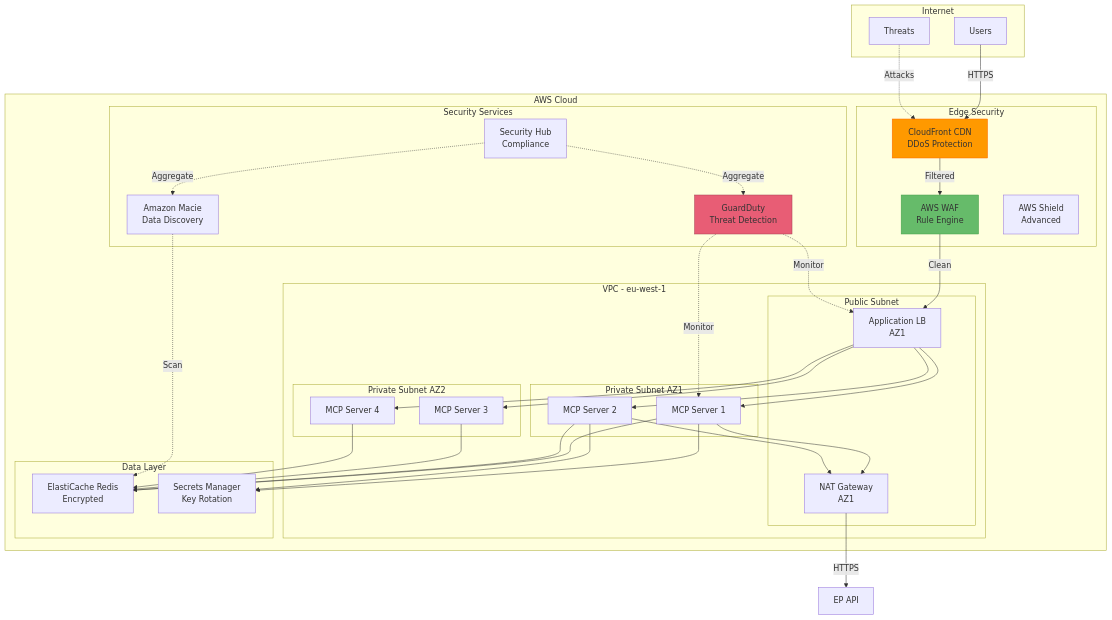
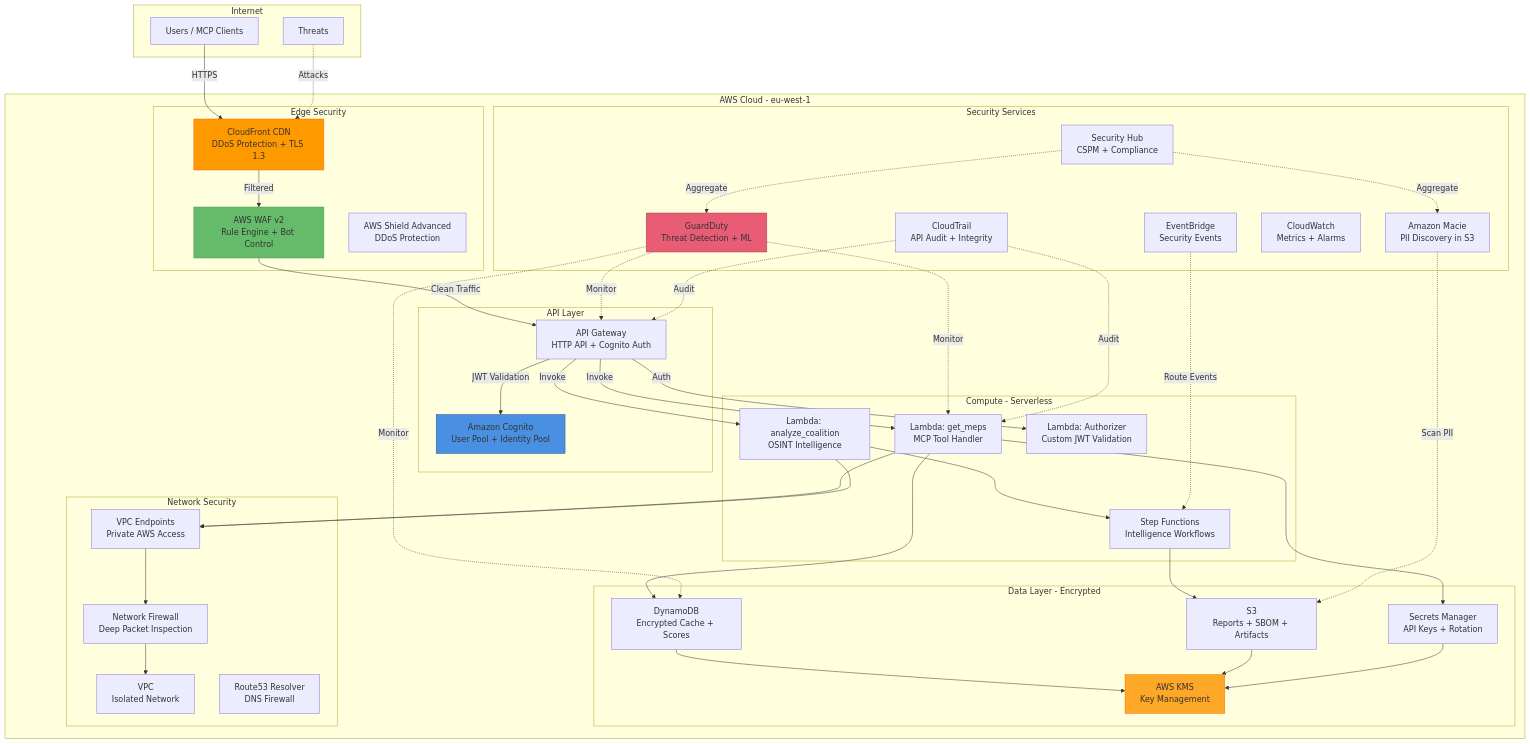
One commit to Hack23/European-Parliament-MCP-Server changed the fifth of 19 diagrams in FUTURE_SECURITY_ARCHITECTURE.md. Above: the diagram before and after it, drawn with Mermaid. The commit also changed other lines of this file, not shown here.

Commit message:
docs: expand FUTURE_SECURITY_ARCHITECTURE.md with all missing mandatory sections

````diff
--- a/FUTURE_SECURITY_ARCHITECTURE.md
+++ b/FUTURE_SECURITY_ARCHITECTURE.md
@@ -124,75 +383,88 @@
 ```mermaid
 graph TB
     subgraph "Internet"
-        USER[Users]
+        USER[Users / MCP Clients]
         ATTACKER[Threats]
     end
-    
-    subgraph "AWS Cloud"
+
+    subgraph "AWS Cloud - eu-west-1"
         subgraph "Edge Security"
-            CF[CloudFront CDN<br/>DDoS Protection]
-            WAF[AWS WAF<br/>Rule Engine]
-            SHIELD[AWS Shield<br/>Advanced]
+            CF[CloudFront CDN<br/>DDoS Protection + TLS 1.3]
+            WAF[AWS WAF v2<br/>Rule Engine + Bot Control]
+            SHIELD[AWS Shield Advanced<br/>DDoS Protection]
         end
-        
-        subgraph "VPC - eu-west-1"
-            subgraph "Public Subnet"
-                ALB1[Application LB<br/>AZ1]
-                NAT1[NAT Gateway<br/>AZ1]
-            end
-            
-            subgraph "Private Subnet AZ1"
-                APP1[MCP Server 1]
-                APP2[MCP Server 2]
-            end
-            
-            subgraph "Private Subnet AZ2"
-                APP3[MCP Server 3]
-                APP4[MCP Server 4]
-            end
+
+        subgraph "API Layer"
+            APIGW[API Gateway<br/>HTTP API + Cognito Auth]
+            COGNITO[Amazon Cognito<br/>User Pool + Identity Pool]
         end
-        
+
+        subgraph "Compute - Serverless"
+            L1[Lambda: get_meps<br/>MCP Tool Handler]
+            L2[Lambda: analyze_coalition<br/>OSINT Intelligence]
+            L3[Lambda: Authorizer<br/>Custom JWT Validation]
+            SF[Step Functions<br/>Intelligence Workflows]
+        end
+
+        subgraph "Data Layer - Encrypted"
+            DDB[DynamoDB<br/>Encrypted Cache + Scores]
+            S3[S3<br/>Reports + SBOM + Artifacts]
+            SM[Secrets Manager<br/>API Keys + Rotation]
+            KMS[AWS KMS<br/>Key Management]
+        end
+
         subgraph "Security Services"
-            GUARD[GuardDuty<br/>Threat Detection]
-            MACIE[Amazon Macie<br/>Data Discovery]
-            SEC_HUB[Security Hub<br/>Compliance]
+            GD[GuardDuty<br/>Threat Detection + ML]
+            SH[Security Hub<br/>CSPM + Compliance]
+            MACIE[Amazon Macie<br/>PII Discovery in S3]
+            CT[CloudTrail<br/>API Audit + Integrity]
+            CW[CloudWatch<br/>Metrics + Alarms]
+            EB[EventBridge<br/>Security Events]
         end
-        
-        subgraph "Data Layer"
-            REDIS[ElastiCache Redis<br/>Encrypted]
-            SECRETS[Secrets Manager<br/>Key Rotation]
+
+        subgraph "Network Security"
+            VPC[VPC<br/>Isolated Network]
+            VE[VPC Endpoints<br/>Private AWS Access]
+            NF[Network Firewall<br/>Deep Packet Inspection]
+            DNS_FW[Route53 Resolver<br/>DNS Firewall]
         end
     end
-    
+
     USER -->|HTTPS| CF
     ATTACKER -.->|Attacks| CF
     CF -->|Filtered| WAF
-    WAF -->|Clean| ALB1
-    
-    ALB1 --> APP1
-    ALB1 --> APP2
-    ALB1 --> APP3
-    ALB1 --> APP4
-    
-    APP1 --> REDIS
-    APP2 --> REDIS
-    APP3 --> REDIS
-    APP4 --> REDIS
-    
-    APP1 --> SECRETS
-    APP2 --> SECRETS
-    
-    APP1 --> NAT1
-    APP2 --> NAT1
-    NAT1 -->|HTTPS| EP[EP API]
-    
-    GUARD -.->|Monitor| ALB1
-    GUARD -.->|Monitor| APP1
-    MACIE -.->|Scan| REDIS
-    SEC_HUB -.->|Aggregate| GUARD
-    SEC_HUB -.->|Aggregate| MACIE
-    
+    WAF -->|Clean Traffic| APIGW
+    APIGW -->|JWT Validation| COGNITO
+    APIGW -->|Invoke| L1
+    APIGW -->|Invoke| L2
+    APIGW -->|Auth| L3
+
+    L1 --> DDB
+    L1 --> SM
+    L2 --> SF
+    SF --> S3
+    DDB --> KMS
+    S3 --> KMS
+    SM --> KMS
+
+    L1 --> VE
+    L2 --> VE
+    VE --> NF
+    NF --> VPC
+
+    GD -.->|Monitor| APIGW
+    GD -.->|Monitor| L1
+    GD -.->|Monitor| DDB
+    MACIE -.->|Scan PII| S3
+    CT -.->|Audit| APIGW
+    CT -.->|Audit| L1
+    SH -.->|Aggregate| GD
+    SH -.->|Aggregate| MACIE
+    EB -.->|Route Events| SF
+
     style CF fill:#FF9900,stroke:#FF6600
     style WAF fill:#66BB6A,stroke:#43A047
-    style GUARD fill:#E85D75,stroke:#A53F52
+    style GD fill:#E85D75,stroke:#A53F52
+    style KMS fill:#FFA726,stroke:#F57C00
+    style COGNITO fill:#4A90E2,stroke:#2E5C8A
 ```
````
